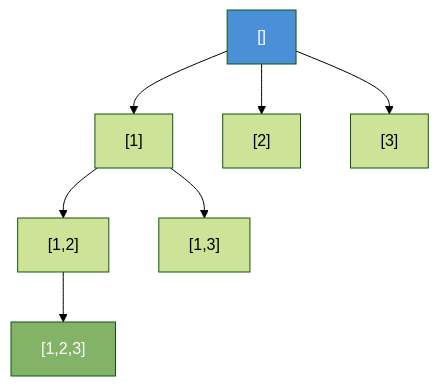
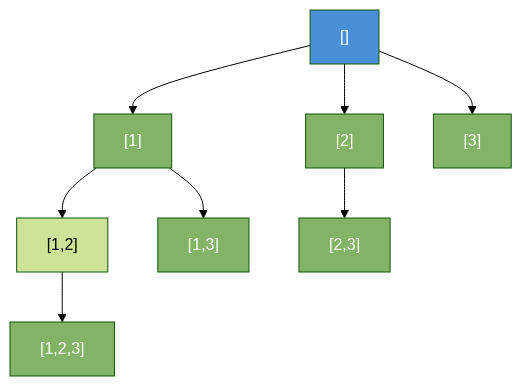
Before and after one commit to valarpirai/software-enginneering: the diagram in docs/44-backtracking.md, drawn with Mermaid (forest theme). The commit also changed other lines of this file and 4 other files, not shown here.

````diff
--- a/docs/44-backtracking.md
+++ b/docs/44-backtracking.md
@@ -50,8 +24,14 @@
 ```mermaid
 graph TD
     ROOT["[]"] --> A["[1]"] & B["[2]"] & C["[3]"]
     A --> A1["[1,2]"] & A2["[1,3]"]
     A1 --> A12["[1,2,3]"]
+    B --> B1["[2,3]"]
     style ROOT fill:#4a90d9,color:#fff
     style A12 fill:#82b366,color:#fff
+    style A2 fill:#82b366,color:#fff
+    style B1 fill:#82b366,color:#fff
+    style C fill:#82b366,color:#fff
+    style B fill:#82b366,color:#fff
+    style A fill:#82b366,color:#fff
 ```
````
